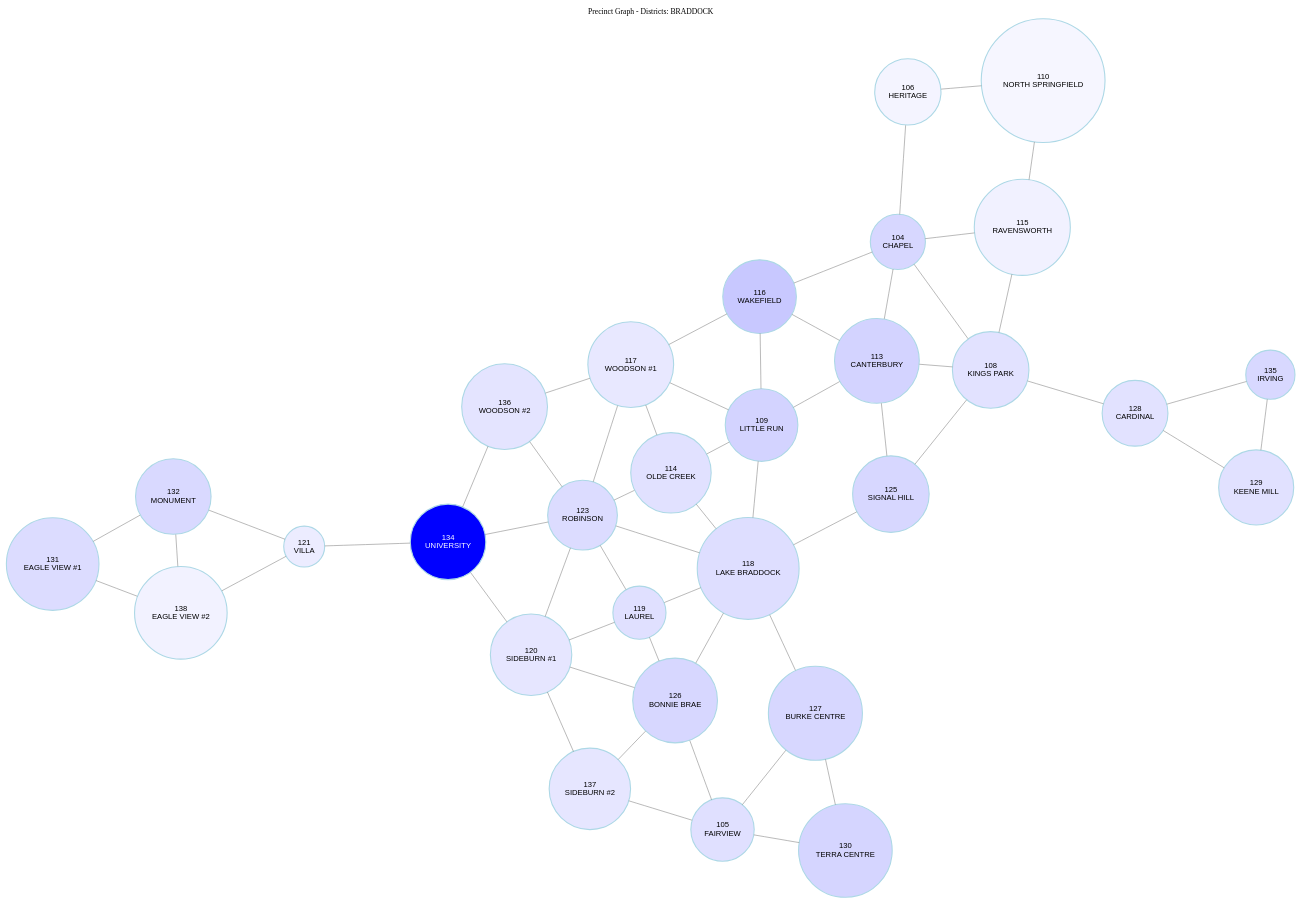
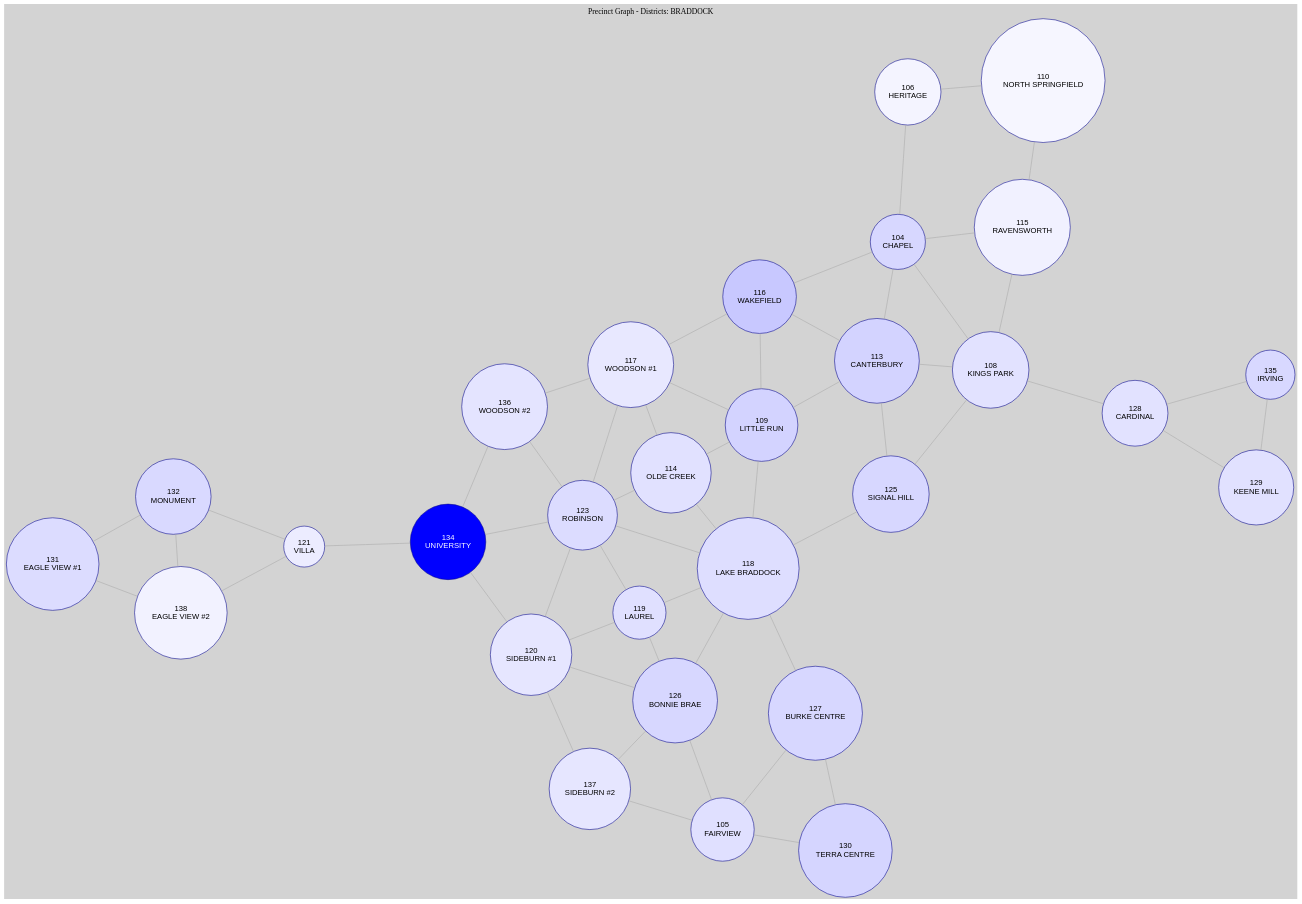
The diagram in data/precinct_graph.dot (osistlk/Documents), drawn with Graphviz before and after one commit. The commit also changed 2 other files, not shown here.

Commit message:
Update precinct graph styling for improved visibility; change node color to dark blue, edge color to dark gray, and background to light gray

```diff
--- a/data/precinct_graph.dot
+++ b/data/precinct_graph.dot
@@ -1,95 +1,93 @@
 graph G {
     layout=neato;
     overlap=false;
     splines=true;
-    node [shape=circle, style=filled, color=lightblue, fontname="Arial", penwidth=2];
-    edge [color=gray, arrowhead=none];
-    bgcolor="#fff8e1";
+    node [shape=circle, style=filled, color=darkblue, fontname="Arial"];
+    edge [color=darkgray];
+    bgcolor="lightgray";
 label="Precinct Graph - Districts: BRADDOCK";
 labelloc="t";
-fontcolor="black";
-bgcolor="white";
 138 [label="138\nEAGLE VIEW #2", fillcolor="#f2f2ff", fontcolor="black"];
 137 [label="137\nSIDEBURN #2", fillcolor="#e6e6ff", fontcolor="black"];
 136 [label="136\nWOODSON #2", fillcolor="#e4e4ff", fontcolor="black"];
 135 [label="135\nIRVING", fillcolor="#d8d8ff", fontcolor="black"];
 134 [label="134\nUNIVERSITY", fillcolor="#0000ff", fontcolor="white"];
 134 -- 136;
 132 [label="132\nMONUMENT", fillcolor="#d9d9ff", fontcolor="black"];
 132 -- 138;
 131 [label="131\nEAGLE VIEW #1", fillcolor="#dcdcff", fontcolor="black"];
 131 -- 132;
 131 -- 138;
 130 [label="130\nTERRA CENTRE", fillcolor="#d5d5ff", fontcolor="black"];
 129 [label="129\nKEENE MILL", fillcolor="#e1e1ff", fontcolor="black"];
 129 -- 135;
 128 [label="128\nCARDINAL", fillcolor="#e2e2ff", fontcolor="black"];
 128 -- 129;
 128 -- 135;
 127 [label="127\nBURKE CENTRE", fillcolor="#d7d7ff", fontcolor="black"];
 127 -- 130;
 126 [label="126\nBONNIE BRAE", fillcolor="#d7d7ff", fontcolor="black"];
 126 -- 137;
 125 [label="125\nSIGNAL HILL", fillcolor="#d7d7ff", fontcolor="black"];
 123 [label="123\nROBINSON", fillcolor="#dcdcff", fontcolor="black"];
 123 -- 134;
 123 -- 136;
 121 [label="121\nVILLA", fillcolor="#ececff", fontcolor="black"];
 121 -- 132;
 121 -- 134;
 121 -- 138;
 120 [label="120\nSIDEBURN #1", fillcolor="#e6e6ff", fontcolor="black"];
 120 -- 123;
 120 -- 126;
 120 -- 134;
 120 -- 137;
 119 [label="119\nLAUREL", fillcolor="#e0e0ff", fontcolor="black"];
 119 -- 120;
 119 -- 123;
 119 -- 126;
 118 [label="118\nLAKE BRADDOCK", fillcolor="#dedeff", fontcolor="black"];
 118 -- 119;
 118 -- 123;
 118 -- 125;
 118 -- 126;
 118 -- 127;
 117 [label="117\nWOODSON #1", fillcolor="#e8e8ff", fontcolor="black"];
 117 -- 123;
 117 -- 136;
 116 [label="116\nWAKEFIELD", fillcolor="#c8c8ff", fontcolor="black"];
 116 -- 117;
 115 [label="115\nRAVENSWORTH", fillcolor="#f1f1ff", fontcolor="black"];
 114 [label="114\nOLDE CREEK", fillcolor="#e1e1ff", fontcolor="black"];
 114 -- 117;
 114 -- 118;
 114 -- 123;
 113 [label="113\nCANTERBURY", fillcolor="#d3d3ff", fontcolor="black"];
 113 -- 116;
 113 -- 125;
 110 [label="110\nNORTH SPRINGFIELD", fillcolor="#f6f6ff", fontcolor="black"];
 110 -- 115;
 109 [label="109\nLITTLE RUN", fillcolor="#d3d3ff", fontcolor="black"];
 109 -- 113;
 109 -- 114;
 109 -- 116;
 109 -- 117;
 109 -- 118;
 108 [label="108\nKINGS PARK", fillcolor="#e2e2ff", fontcolor="black"];
 108 -- 113;
 108 -- 115;
 108 -- 125;
 108 -- 128;
 106 [label="106\nHERITAGE", fillcolor="#f4f4ff", fontcolor="black"];
 106 -- 110;
 105 [label="105\nFAIRVIEW", fillcolor="#e0e0ff", fontcolor="black"];
 105 -- 126;
 105 -- 127;
 105 -- 130;
 105 -- 137;
 104 [label="104\nCHAPEL", fillcolor="#d7d7ff", fontcolor="black"];
 104 -- 106;
 104 -- 108;
 104 -- 113;
 104 -- 115;
 104 -- 116;
 }
```
